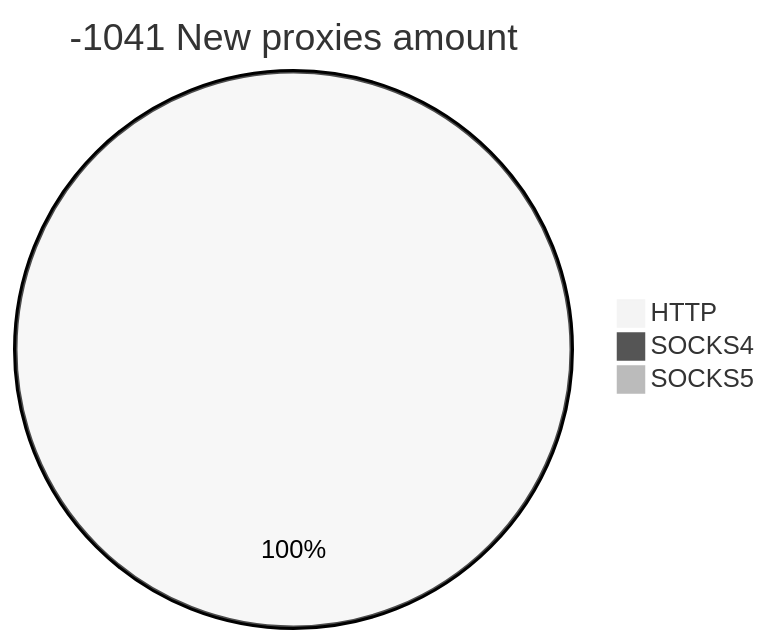
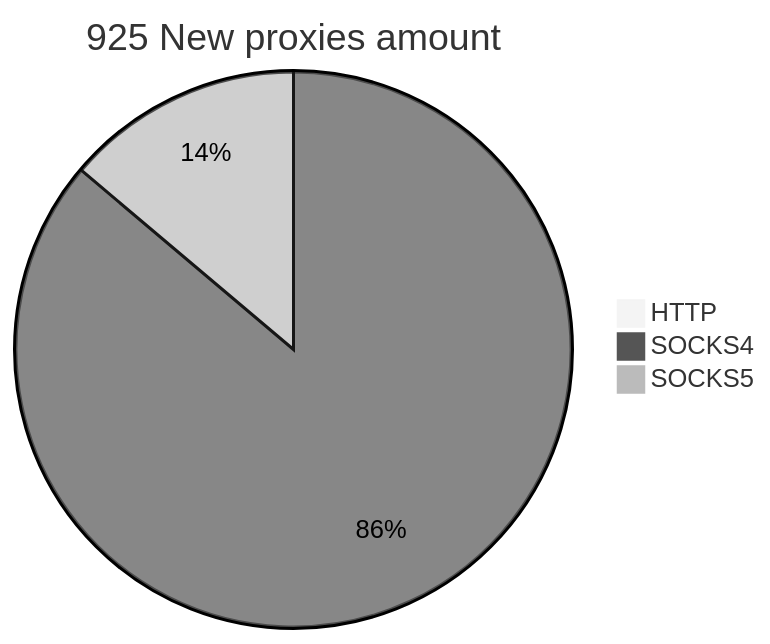
Before and after one commit to cutipu/proxylist: the second of 2 diagrams in README.md, drawn with Mermaid (neutral theme). The commit also changed other lines of this file, not shown here.

````diff
--- a/README.md
+++ b/README.md
@@ -10,6 +10,6 @@
 ```mermaid
-pie title -1041 New proxies amount
-    "HTTP" : 4
-    "SOCKS4" : 0
-    "SOCKS5" : 0
+pie title 925 New proxies amount
+    "HTTP" : 0
+    "SOCKS4" : 841
+    "SOCKS5" : 135
 ```
````
